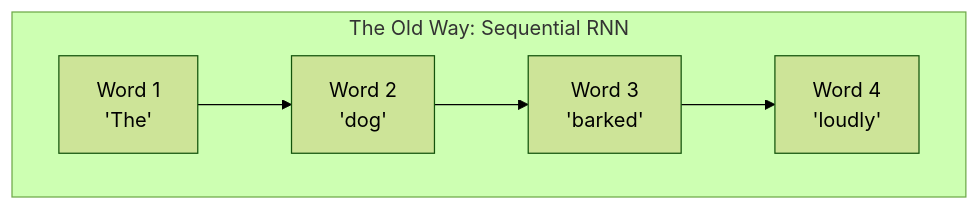
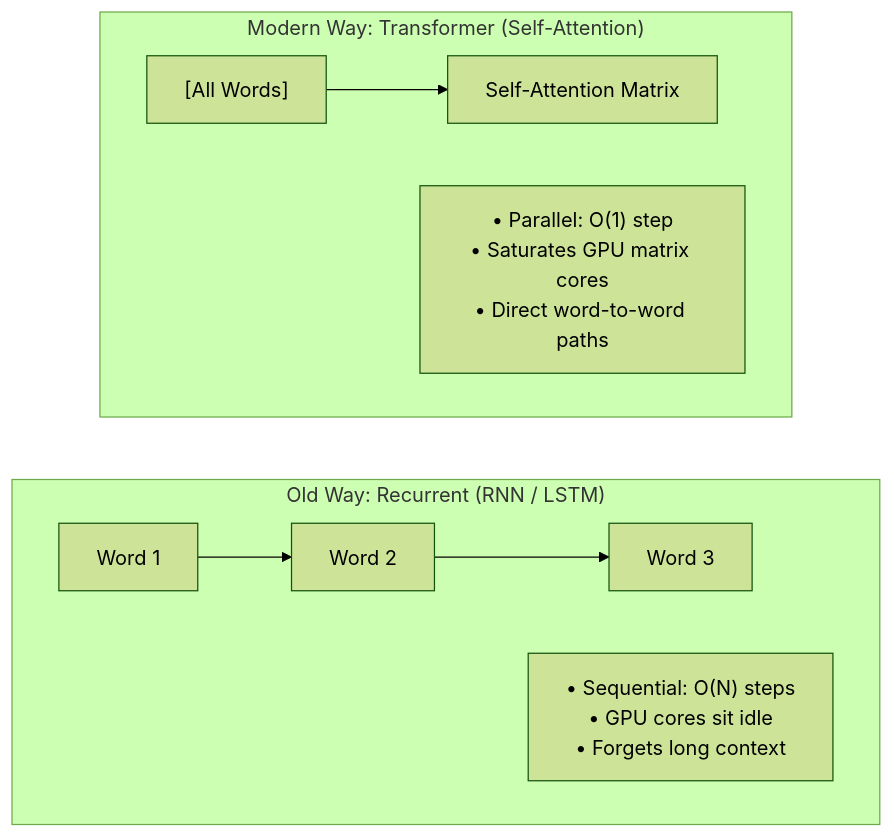
The diagram in TRANSFORMER_ARCHITECTURE.md (rahulkumarjha26/genai-study-materials), drawn with Mermaid (forest theme) before and after one commit. The commit also changed other lines of this file, not shown here.

First line of the commit message:
Refactor TRANSFORMER_ARCHITECTURE.md into direct-to-the-point architecture blueprint

````diff
--- a/TRANSFORMER_ARCHITECTURE.md
+++ b/TRANSFORMER_ARCHITECTURE.md
@@ -77,9 +22,14 @@
 ```mermaid
 flowchart LR
-    subgraph RNN ["The Old Way: Sequential RNN"]
+    subgraph RNN ["Old Way: Recurrent (RNN / LSTM)"]
         direction LR
-        W1["Word 1<br/>'The'"] --> W2["Word 2<br/>'dog'"]
-        W2 --> W3["Word 3<br/>'barked'"]
-        W3 --> W4["Word 4<br/>'loudly'"]
+        R1["Word 1"] --> R2["Word 2"] --> R3["Word 3"]
+        Note1["• Sequential: O(N) steps<br/>• GPU cores sit idle<br/>• Forgets long context"]
+    end
+
+    subgraph Transformer ["Modern Way: Transformer (Self-Attention)"]
+        direction LR
+        T["[All Words]"] --> SA["Self-Attention Matrix"]
+        Note2["• Parallel: O(1) step<br/>• Saturates GPU matrix cores<br/>• Direct word-to-word paths"]
     end
 ```
````
